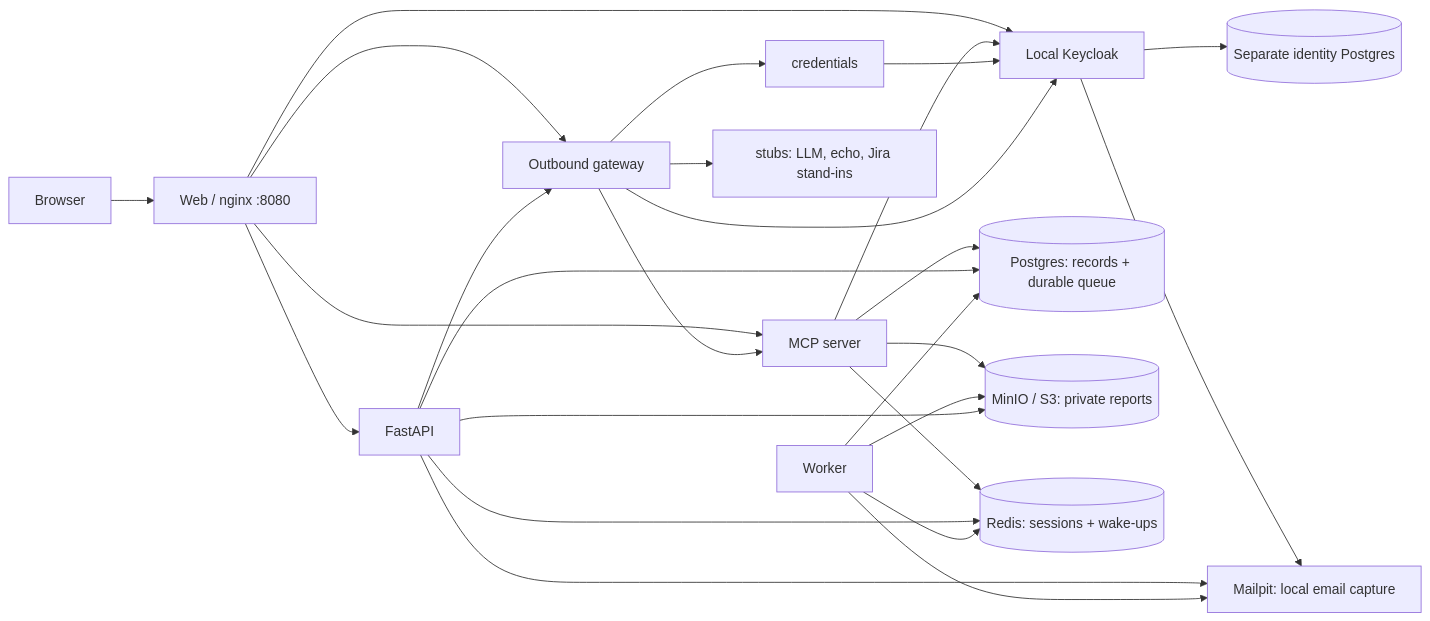
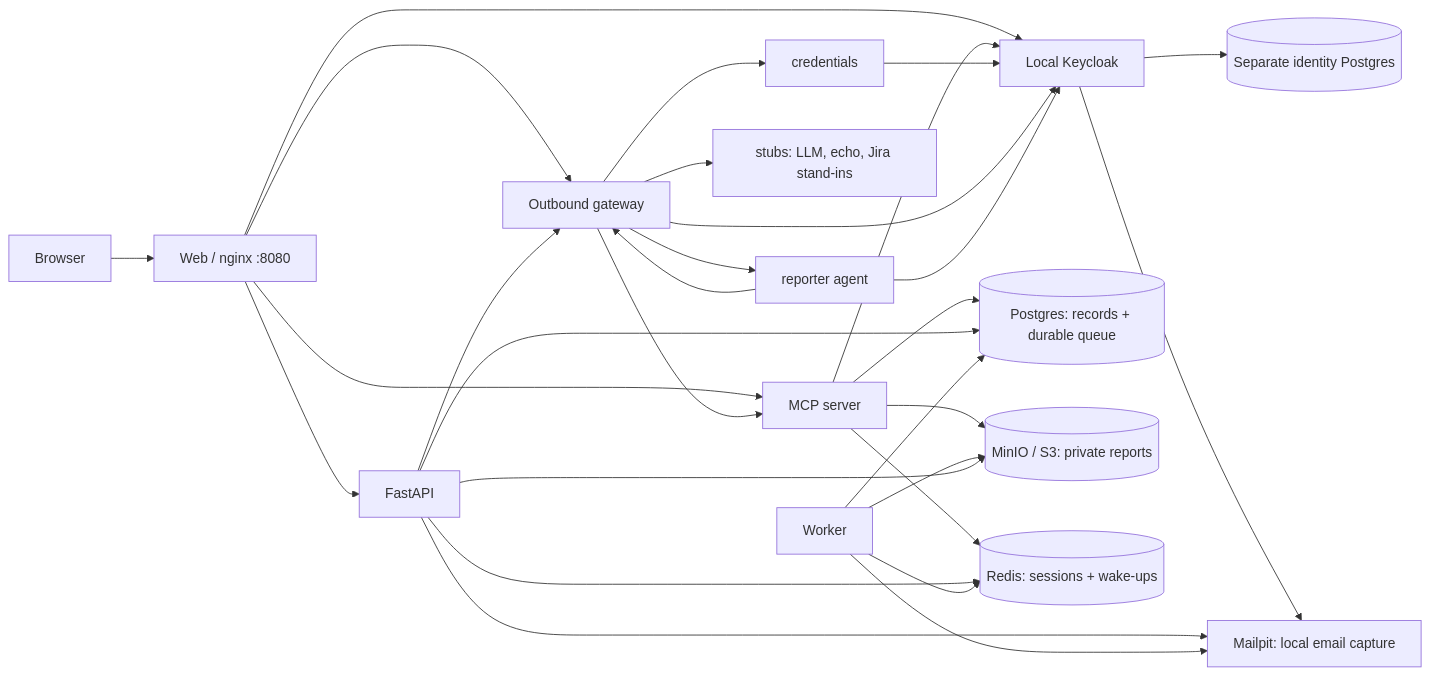
Before and after one commit to theRealMarkCastillo/local-cloud-demo: the diagram in README.md, drawn with Mermaid. The commit also changed other lines of this file and 6 other files, not shown here.

````diff
--- a/README.md
+++ b/README.md
@@ -64,28 +64,31 @@
 ```mermaid
 flowchart LR
   Browser --> Web[Web / nginx :8080]
   Web --> API[FastAPI]
   Web --> KC[Local Keycloak]
   Web --> MCP[MCP server]
   MCP --> PG
   MCP --> S3
   MCP --> Redis
   MCP --> KC
   Web --> GW[Outbound gateway]
   API --> GW
   GW --> MCP
   GW --> Cred[credentials]
   Cred --> KC
   GW --> KC
   GW --> Stubs[stubs: LLM, echo, Jira stand-ins]
+  GW --> Rep[reporter agent]
+  Rep --> GW
+  Rep --> KC
   API --> PG[(Postgres: records + durable queue)]
   API --> Redis[(Redis: sessions + wake-ups)]
   Worker --> PG
   Worker --> Redis
   Worker --> S3[(MinIO / S3: private reports)]
   API --> S3
   KC --> KPG[(Separate identity Postgres)]
   KC --> Mailpit[Mailpit: local email capture]
   API --> Mailpit
   Worker --> Mailpit
 ```
````
